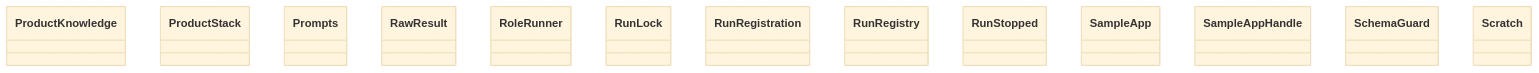
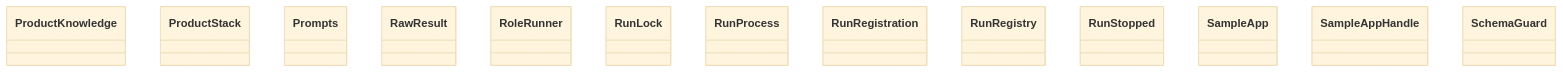
Before and after one commit to GonzaloZevallos/agentic-system: the diagram in docs/architecture/generated/classes-process-application-support-4.md, drawn with Mermaid (base theme). The commit also changed 16 other files, not shown here.

````diff
--- a/docs/architecture/generated/classes-process-application-support-4.md
+++ b/docs/architecture/generated/classes-process-application-support-4.md
@@ -16,16 +16,16 @@
 ```mermaid
 classDiagram
     class ports__ProductKnowledge["ProductKnowledge"]
     class ports__ProductStack["ProductStack"]
     class ports__Prompts["Prompts"]
     class ports__RawResult["RawResult"]
     class ports__RoleRunner["RoleRunner"]
     class ports__RunLock["RunLock"]
+    class ports__RunProcess["RunProcess"]
     class ports__RunRegistration["RunRegistration"]
     class ports__RunRegistry["RunRegistry"]
     class ports__RunStopped["RunStopped"]
     class ports__SampleApp["SampleApp"]
     class ports__SampleAppHandle["SampleAppHandle"]
     class ports__SchemaGuard["SchemaGuard"]
-    class ports__Scratch["Scratch"]
 ```
````
